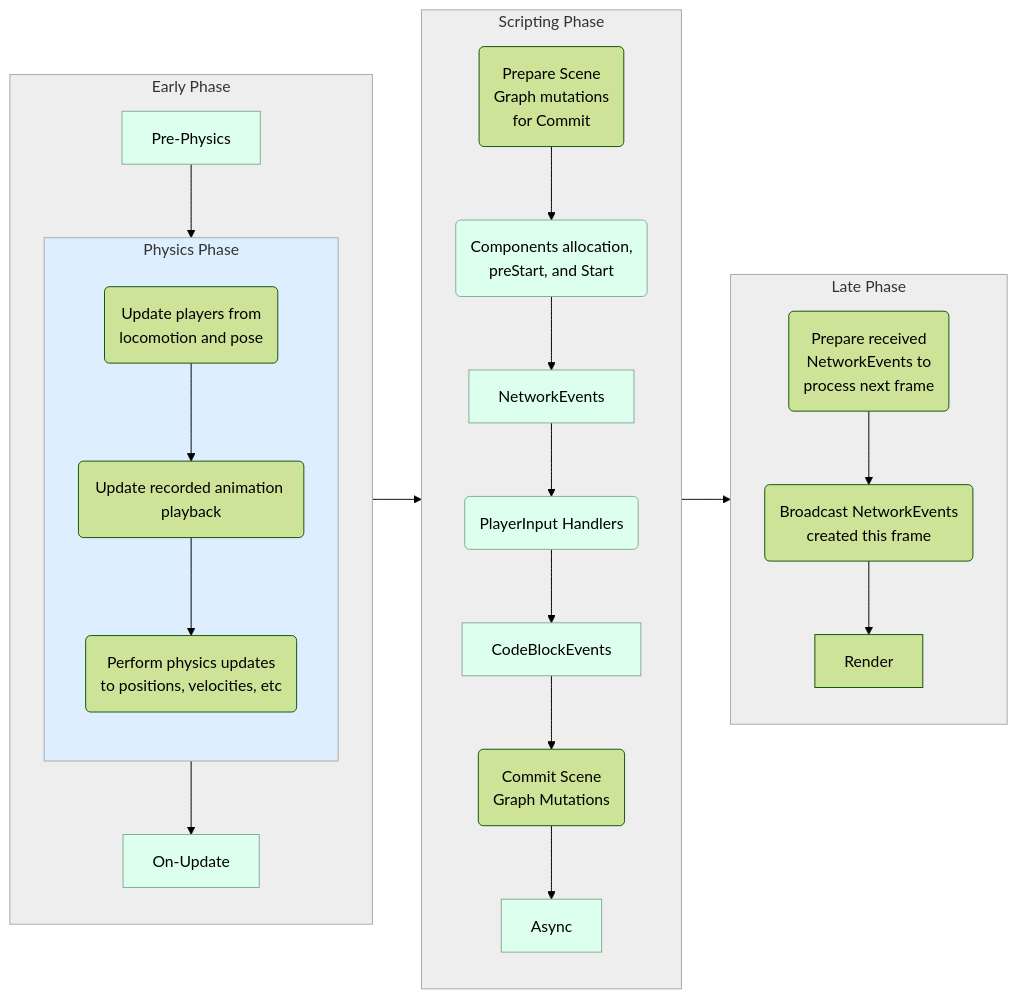
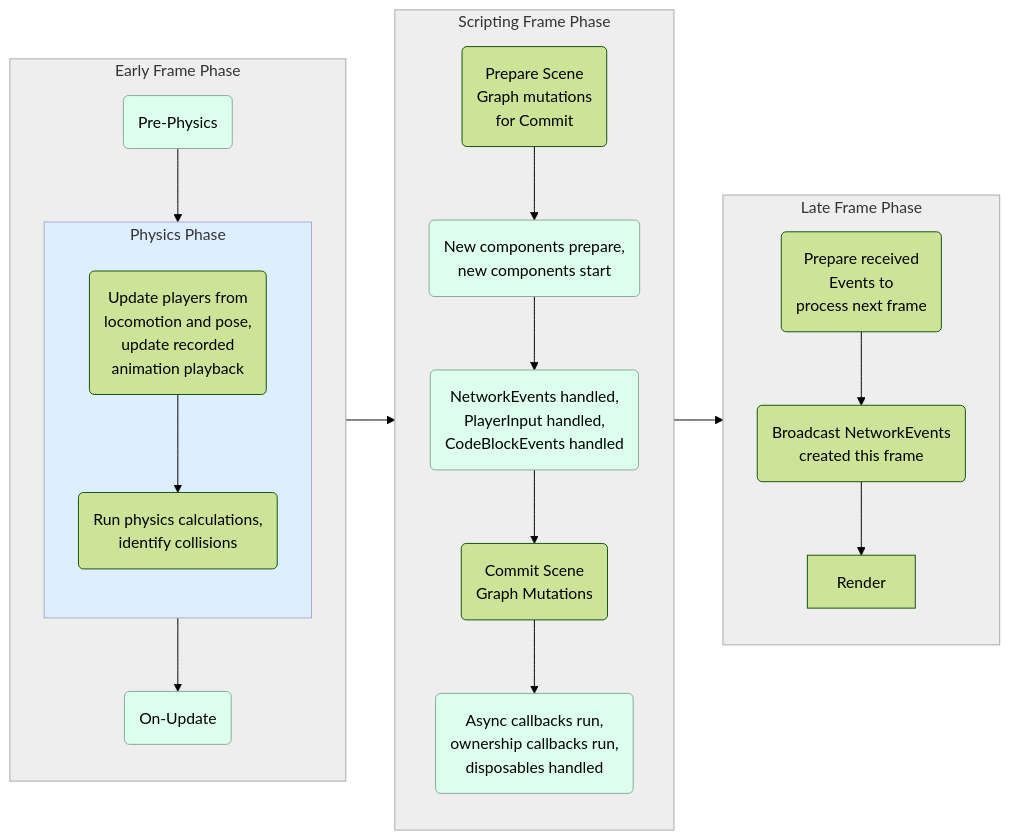
Before and after one commit to MHCPCreators/horizonCreatorManual: the seventh of 11 diagrams in HorizonTechnicalDoc.md, drawn with Mermaid (forest theme). The commit also changed other lines of this file, not shown here.

````diff
--- a/HorizonTechnicalDoc.md
+++ b/HorizonTechnicalDoc.md
@@ -3015,36 +3075,32 @@
 ```mermaid {align="center"}
 flowchart LR
-  subgraph Early [Early Phase]
-    Pre-Physics --> Physics --> On-Update
+  subgraph Early [Early Frame Phase]
+    Pre-Physics(Pre-Physics) --> Physics --> On-Update(On-Update)
   end
 
   subgraph Physics [Physics Phase]
-    locomotion(Update players from<br/>locomotion and pose) --> animation(Update recorded animation playback)
-
-    animation --> physicsStep(Perform physics updates<br/>to positions, velocities, etc)
+    locomotion(Update players from<br/>locomotion and pose,<br/>update recorded<br/>animation playback) --> physicsStep(Run physics calculations,<br/>identify collisions)
   end
 
-  subgraph Scripting [Scripting Phase]
-    PrepareMutations(Prepare Scene<br/>Graph mutations<br>for Commit) --> Components(Components allocation,<br/>preStart, and Start)  --> NetworkEvents --> PlayerInputHandlers(PlayerInput Handlers) --> CodeBlockEvents --> mutations(Commit Scene <br/>Graph Mutations) --> Async
+  subgraph Scripting [Scripting Frame Phase]
+    PrepareMutations(Prepare Scene<br/>Graph mutations<br>for Commit) --> Components(New components prepare,<br/>new components start)  --> Events(NetworkEvents handled,<br/>PlayerInput handled,<br/>CodeBlockEvents handled) --> mutations(Commit Scene <br/>Graph Mutations) --> Async(Async callbacks run,<br/>ownership callbacks run,</br>disposables handled)
   end
 
-  subgraph Late [Late Phase]
-    receive(Prepare received<br/>NetworkEvents to</br>process next frame) --> broadcast(Broadcast NetworkEvents<br/>created this frame) --> Render
+  subgraph Late [Late Frame Phase]
+    receive(Prepare received<br/>Events to</br>process next frame) --> broadcast(Broadcast NetworkEvents<br/>created this frame) --> Render@{shape:pill}
   end
 
   Early --> Scripting --> Late
 
-  style Physics fill:#def,stroke:#aaa
+  style Physics fill:#def,stroke:#aac
 
   style Scripting fill:#eee,stroke:#aaa
   style Early fill:#eee,stroke:#aaa
   style Late fill:#eee,stroke:#aaa
 
   style Async fill:#dfe,stroke:#8a9
   style Pre-Physics fill:#dfe,stroke:#8a9
   style On-Update fill:#dfe,stroke:#8a9
-  style NetworkEvents fill:#dfe,stroke:#8a9
-  style PlayerInputHandlers fill:#dfe,stroke:#8a9
-  style CodeBlockEvents fill:#dfe,stroke:#8a9
+  style Events fill:#dfe,stroke:#8a9
   style Components fill:#dfe,stroke:#8a9
 ```
````
